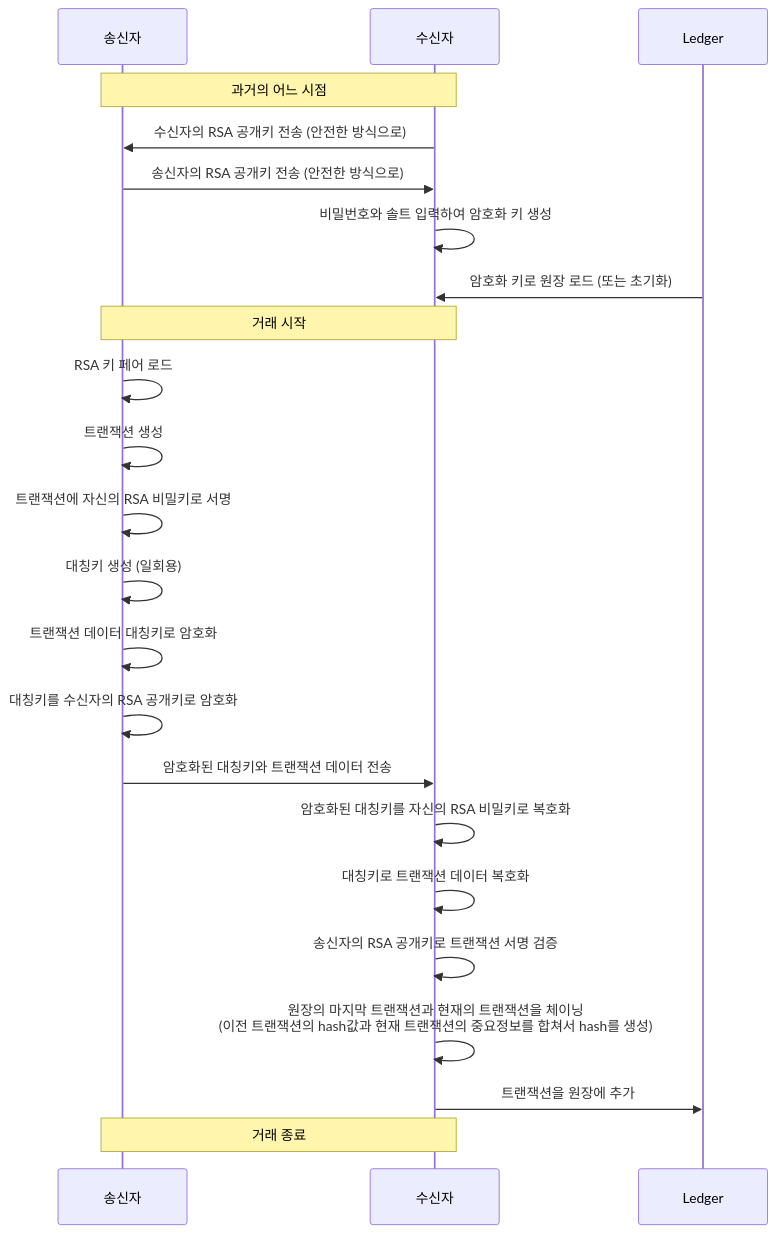
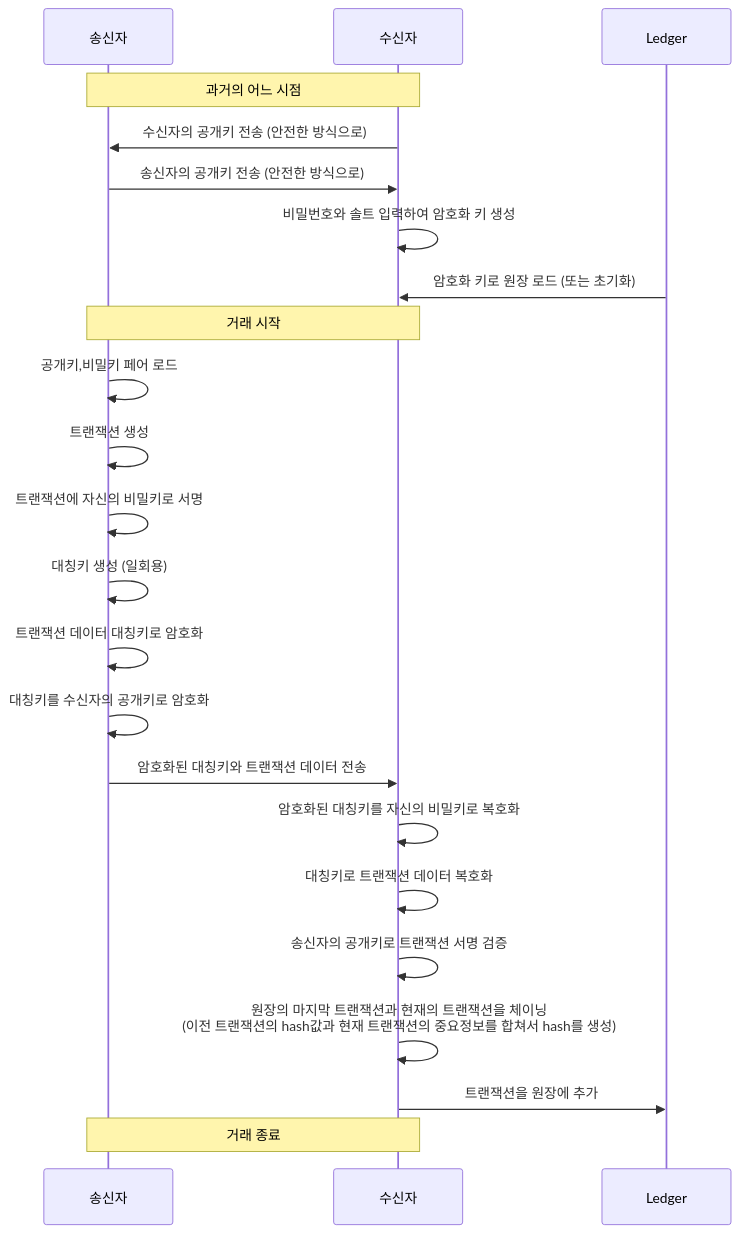
The first of 2 diagrams in README.md (tanminkwan/blockchain), drawn with Mermaid before and after one commit. The commit also changed other lines of this file, not shown here.

````diff
--- a/README.md
+++ b/README.md
@@ -2,25 +2,25 @@
 ```mermaid
 sequenceDiagram
     participant 송신자
     participant 수신자
     participant Ledger
     Note over 송신자,수신자: 과거의 어느 시점
-    수신자->>송신자: 수신자의 RSA 공개키 전송 (안전한 방식으로)
-    송신자->>수신자: 송신자의 RSA 공개키 전송 (안전한 방식으로)
+    수신자->>송신자: 수신자의 공개키 전송 (안전한 방식으로)
+    송신자->>수신자: 송신자의 공개키 전송 (안전한 방식으로)
     수신자->>수신자: 비밀번호와 솔트 입력하여 암호화 키 생성
     Ledger->>수신자: 암호화 키로 원장 로드 (또는 초기화)
     Note over 송신자,수신자: 거래 시작
-    송신자->>송신자: RSA 키 페어 로드    
+    송신자->>송신자: 공개키,비밀키 페어 로드    
     송신자->>송신자: 트랜잭션 생성
-    송신자->>송신자: 트랜잭션에 자신의 RSA 비밀키로 서명
+    송신자->>송신자: 트랜잭션에 자신의 비밀키로 서명
     송신자->>송신자: 대칭키 생성 (일회용)
     송신자->>송신자: 트랜잭션 데이터 대칭키로 암호화
-    송신자->>송신자: 대칭키를 수신자의 RSA 공개키로 암호화
+    송신자->>송신자: 대칭키를 수신자의 공개키로 암호화
     송신자->>수신자: 암호화된 대칭키와 트랜잭션 데이터 전송
-    수신자->>수신자: 암호화된 대칭키를 자신의 RSA 비밀키로 복호화
+    수신자->>수신자: 암호화된 대칭키를 자신의 비밀키로 복호화
     수신자->>수신자: 대칭키로 트랜잭션 데이터 복호화
-    수신자->>수신자: 송신자의 RSA 공개키로 트랜잭션 서명 검증
+    수신자->>수신자: 송신자의 공개키로 트랜잭션 서명 검증
     수신자->>수신자: 원장의 마지막 트랜잭션과 현재의 트랜잭션을 체이닝<br/>(이전 트랜잭션의 hash값과 현재 트랜잭션의 중요정보를 합쳐서 hash를 생성)
     수신자->>Ledger: 트랜잭션을 원장에 추가
     Note over 송신자,수신자: 거래 종료
 ```
````
